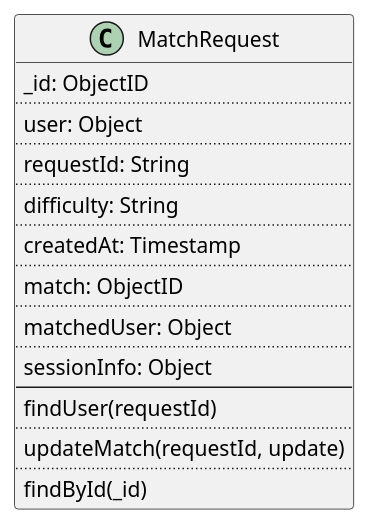
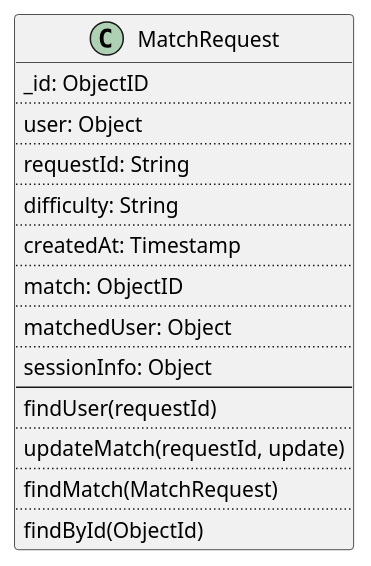
Before and after one commit to CS3219-SE-Principles-and-Patterns/cs3219-project-ay2122-2122-s1-g15: the diagram in services/matching/docs/model_matchrequest.puml, drawn with PlantUML. The commit also changed 3 other files, not shown here.

Commit message:
modify puml diagrams

```diff
--- a/services/matching/docs/model_matchrequest.puml
+++ b/services/matching/docs/model_matchrequest.puml
@@ -1,25 +1,27 @@
 @startuml
 class MatchRequest {
   _id: ObjectID
   ..
   user: Object
   ..
   requestId: String
   ..
   difficulty: String
   ..
   createdAt: Timestamp
   ..
   match: ObjectID
   ..
   matchedUser: Object
   ..
   sessionInfo: Object
   --
   findUser(requestId)
   ..
   updateMatch(requestId, update)
   ..
-  findById(_id)
+  findMatch(MatchRequest)
+  ..
+  findById(ObjectId)
 }
 @enduml
```
